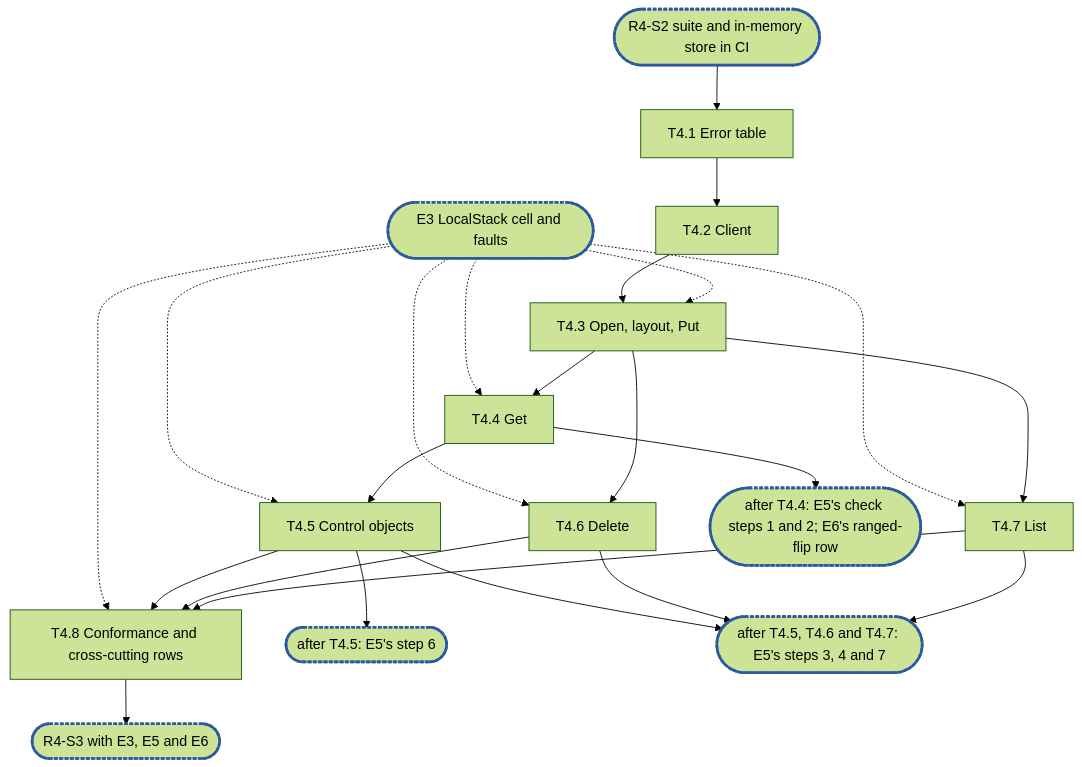
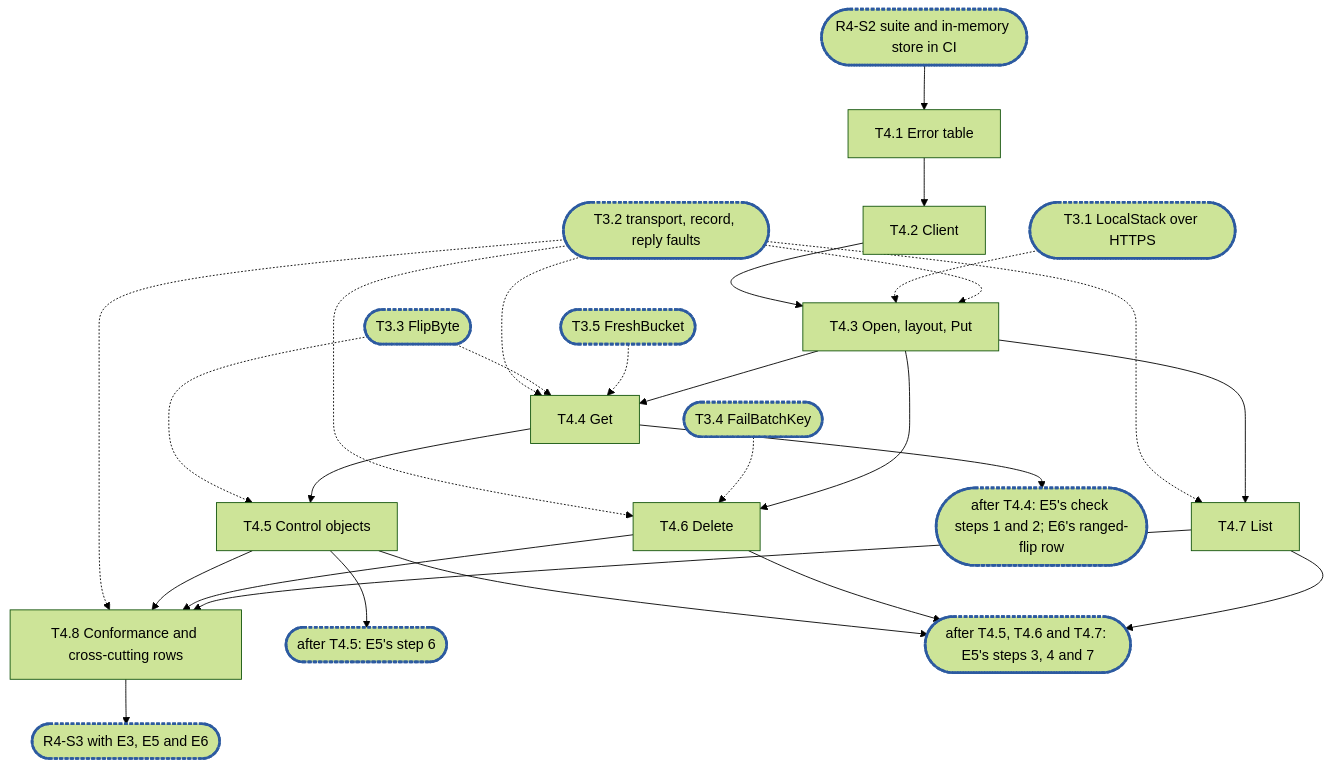
The diagram in .planning/rfc-4-remote-tier-epic4.md (cubbit/dittofs), drawn with Mermaid (forest theme) before and after one commit. The commit also changed other lines of this file, not shown here.

````diff
--- a/.planning/rfc-4-remote-tier-epic4.md
+++ b/.planning/rfc-4-remote-tier-epic4.md
@@ -708,17 +742,21 @@
 ```mermaid
 flowchart TD
   S2(["R4-S2 suite and in-memory store in CI"]):::sync --> T4_1["T4.1 Error table"]
   T4_1 --> T4_2["T4.2 Client"]
   T4_2 --> T4_3["T4.3 Open, layout, Put"]
-  E3(["E3 LocalStack cell and faults"]):::sync -.-> T4_3 & T4_4 & T4_5 & T4_6 & T4_7 & T4_8
+  T3_1(["T3.1 LocalStack over HTTPS"]):::sync -.-> T4_3
+  T3_2(["T3.2 transport, record, reply faults"]):::sync -.-> T4_3 & T4_4 & T4_6 & T4_7 & T4_8
+  T3_3(["T3.3 FlipByte"]):::sync -.-> T4_4 & T4_5
+  T3_4(["T3.4 FailBatchKey"]):::sync -.-> T4_6
+  T3_5(["T3.5 FreshBucket"]):::sync -.-> T4_4
   T4_3 --> T4_4["T4.4 Get"]
   T4_4 --> T4_5["T4.5 Control objects"]
   T4_4 --> C1(["after T4.4: E5's check steps 1 and 2; E6's ranged-flip row"]):::sync
   T4_5 --> C2(["after T4.5: E5's step 6"]):::sync
   T4_3 --> T4_6["T4.6 Delete"]
   T4_3 --> T4_7["T4.7 List"]
   T4_5 & T4_6 & T4_7 --> C3(["after T4.5, T4.6 and T4.7: E5's steps 3, 4 and 7"]):::sync
   T4_5 & T4_6 & T4_7 --> T4_8["T4.8 Conformance and cross-cutting rows"]
   T4_8 --> S3(["R4-S3 with E3, E5 and E6"]):::sync
   classDef sync stroke:#2c5aa0,stroke-width:3px,stroke-dasharray:4 2
 ```
````
